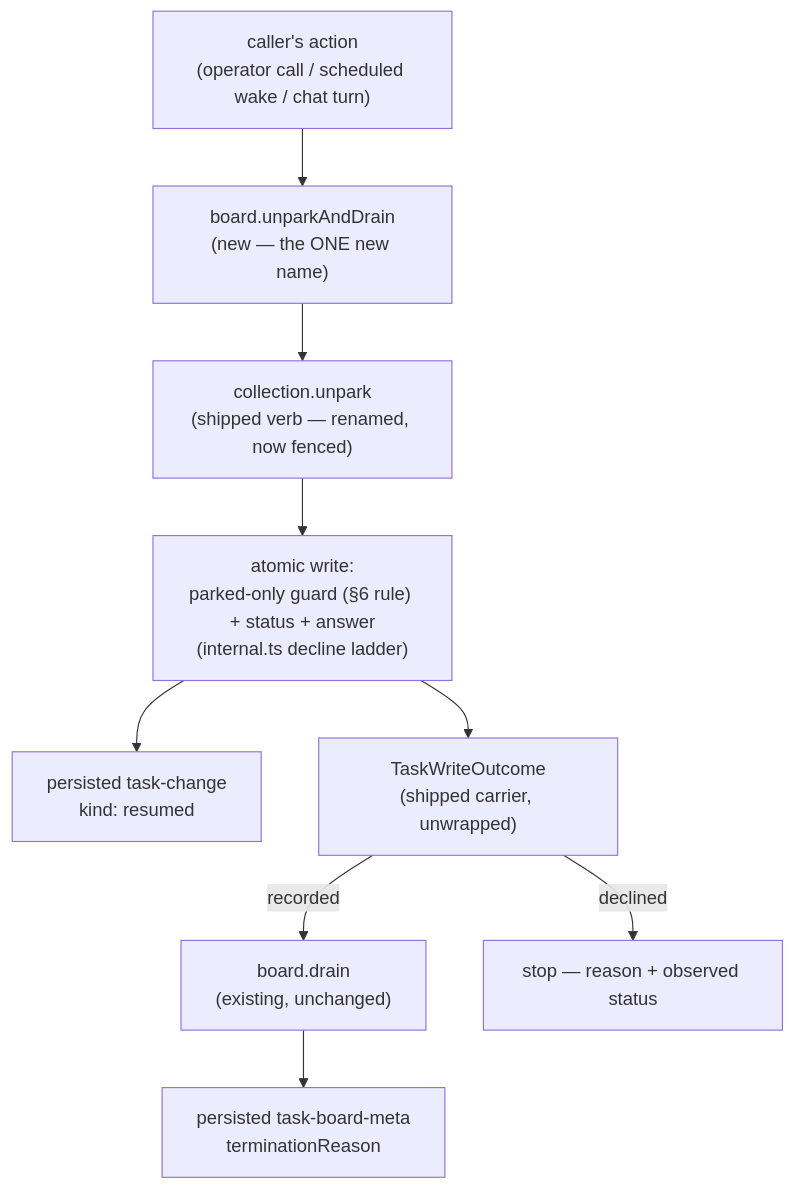
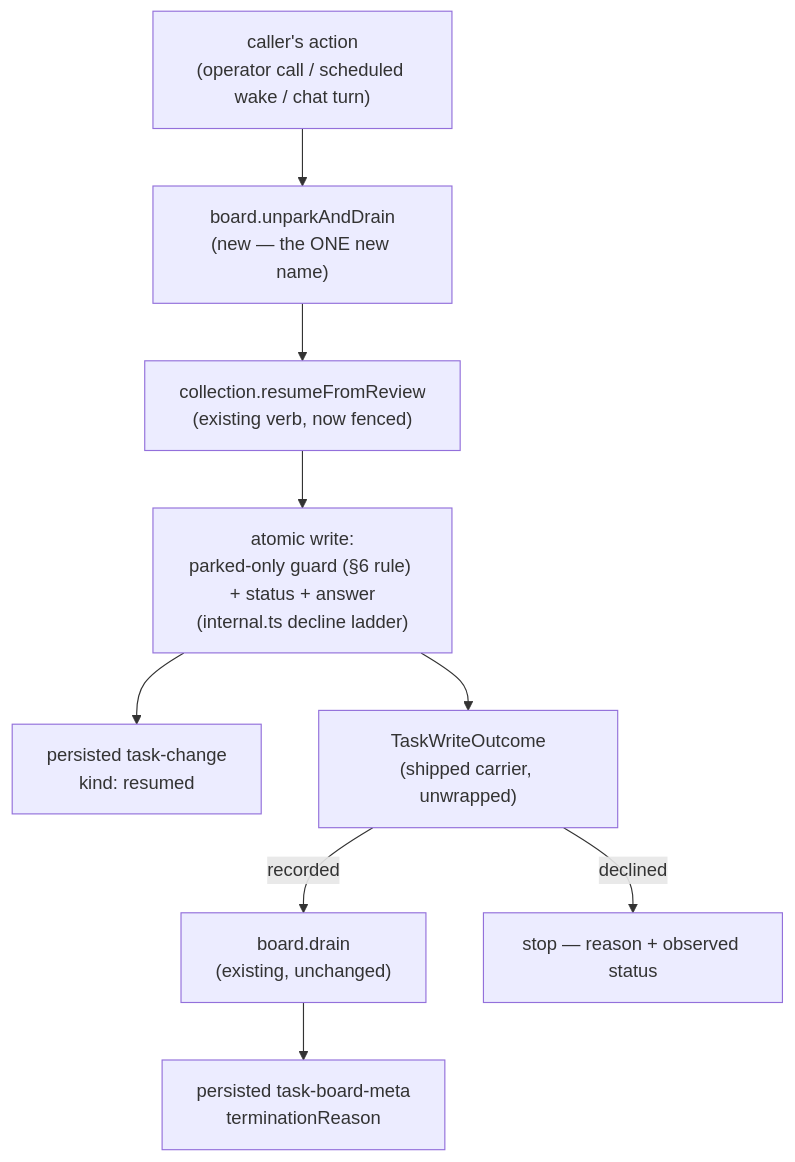
One commit to fixpoint-labs/flow-state-dev changed the diagram in spec/FIX-1244.md. Above: the diagram before and after it, drawn with Mermaid. The commit also changed other lines of this file, not shown here.

First line of the commit message:
spec(FIX-1244): stack behind FIX-1245 rather than renaming the verb here

````diff
--- a/spec/FIX-1244.md
+++ b/spec/FIX-1244.md
@@ -120,12 +114,12 @@
 ```mermaid
 flowchart TD
   A["caller's action<br/>(operator call / scheduled wake / chat turn)"]
   A --> B["board.unparkAndDrain<br/>(new — the ONE new name)"]
-  B --> F["collection.unpark<br/>(shipped verb — renamed, now fenced)"]
+  B --> F["collection.resumeFromReview<br/>(existing verb, now fenced)"]
   F --> G["atomic write:<br/>parked-only guard (§6 rule) + status + answer<br/>(internal.ts decline ladder)"]
   G --> H["persisted task-change<br/>kind: resumed"]
   G --> O["TaskWriteOutcome<br/>(shipped carrier, unwrapped)"]
   O -->|"recorded"| D["board.drain<br/>(existing, unchanged)"]
   O -->|"declined"| E["stop — reason + observed status"]
   D --> I["persisted task-board-meta<br/>terminationReason"]
 ```
````
